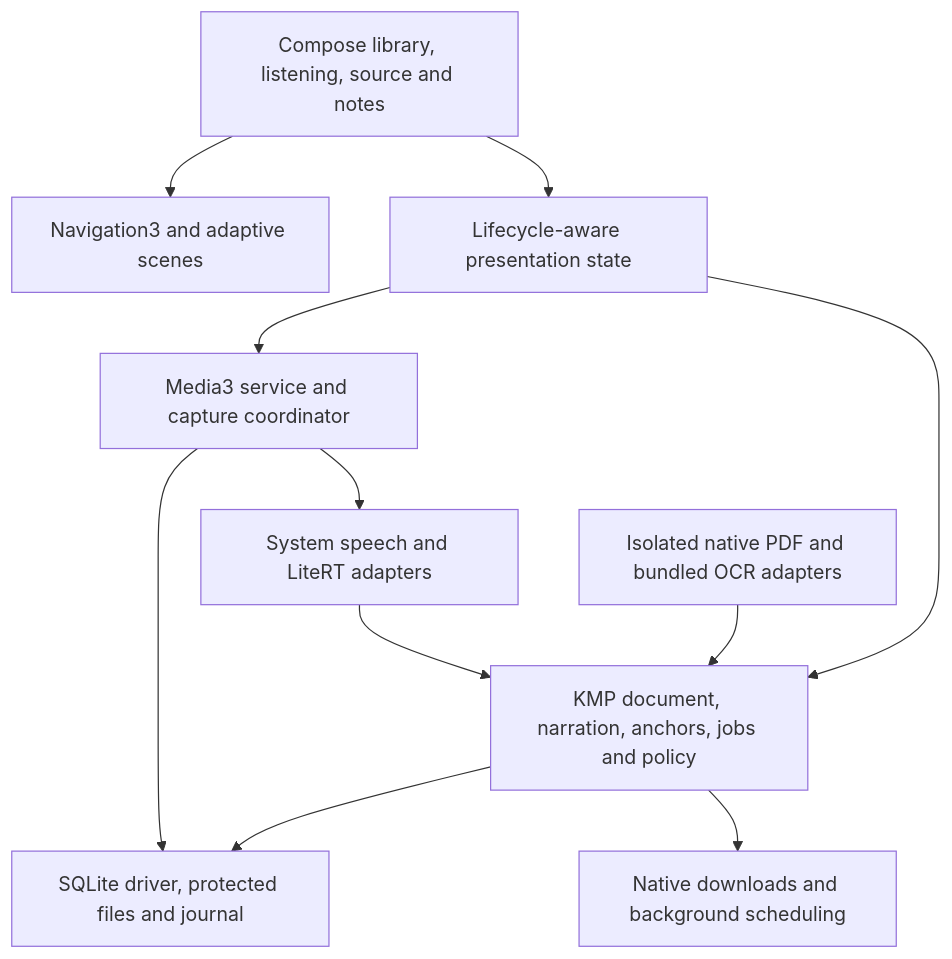
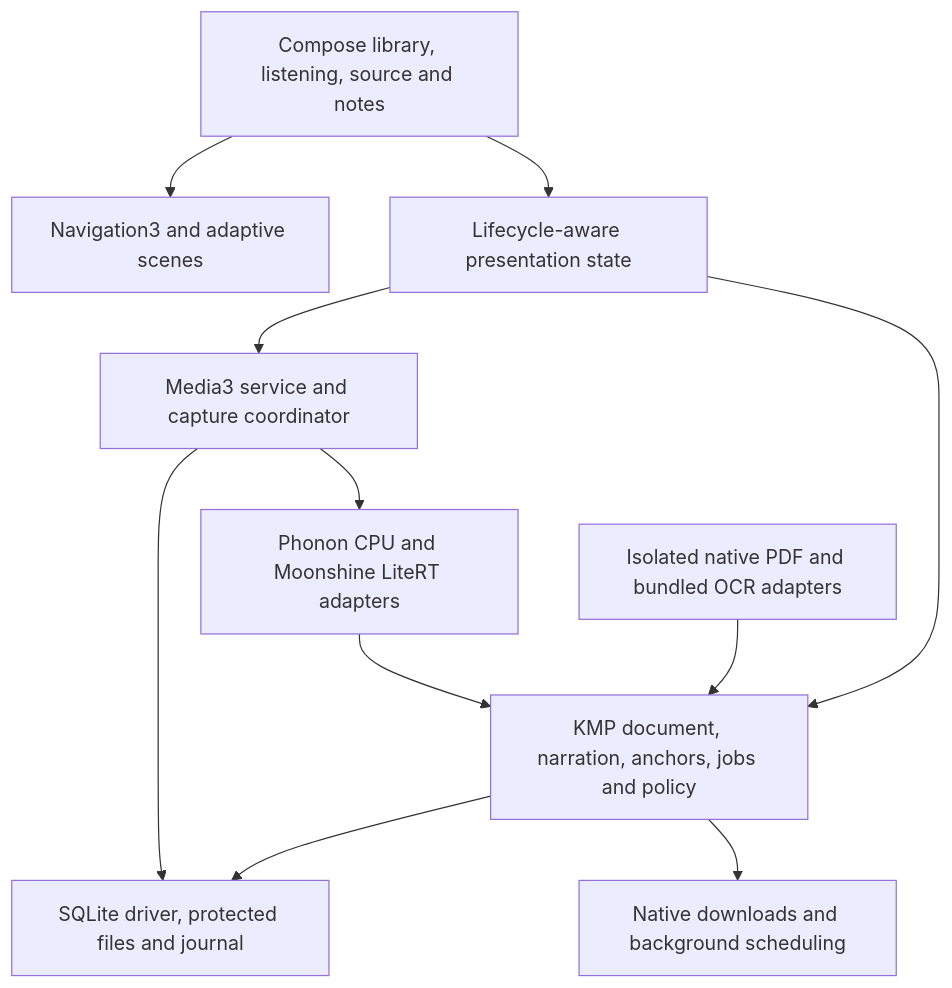
Before and after one commit to atlasmoth/rhapsodos: the diagram in docs/android.md, drawn with Mermaid. The commit also changed other lines of this file and 17 other files, not shown here.

````diff
--- a/docs/android.md
+++ b/docs/android.md
@@ -30,22 +30,22 @@
 ```mermaid
 flowchart TB
     UI[Compose library, listening, source and notes]
     Nav[Navigation3 and adaptive scenes]
     Presentation[Lifecycle-aware presentation state]
     Core[KMP document, narration, anchors, jobs and policy]
     PDF[Isolated native PDF and bundled OCR adapters]
     Audio[Media3 service and capture coordinator]
-    Speech[System speech and LiteRT adapters]
+    Speech[Phonon CPU and Moonshine LiteRT adapters]
     Storage[SQLite driver, protected files and journal]
     Work[Native downloads and background scheduling]
     UI --> Nav
     UI --> Presentation
     Presentation --> Core
     Presentation --> Audio
     PDF --> Core
     Core --> Storage
     Core --> Work
     Audio --> Speech
     Audio --> Storage
     Speech --> Core
 ```
````
